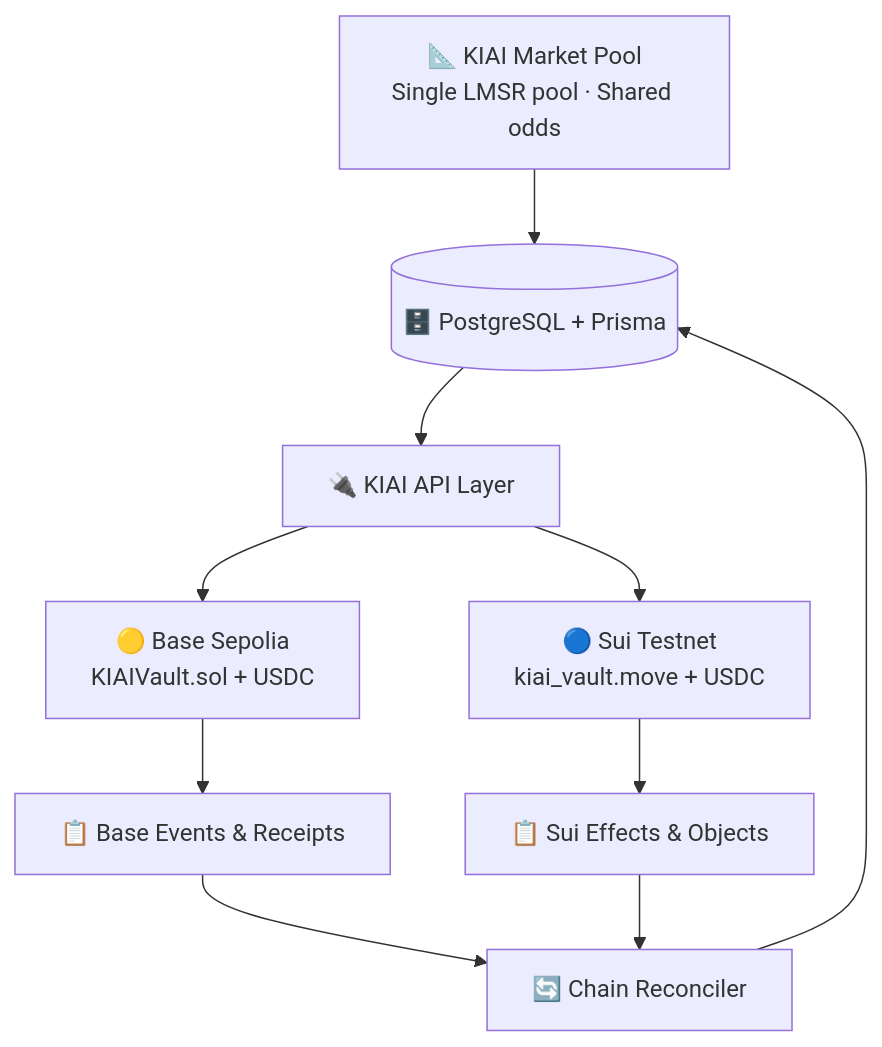
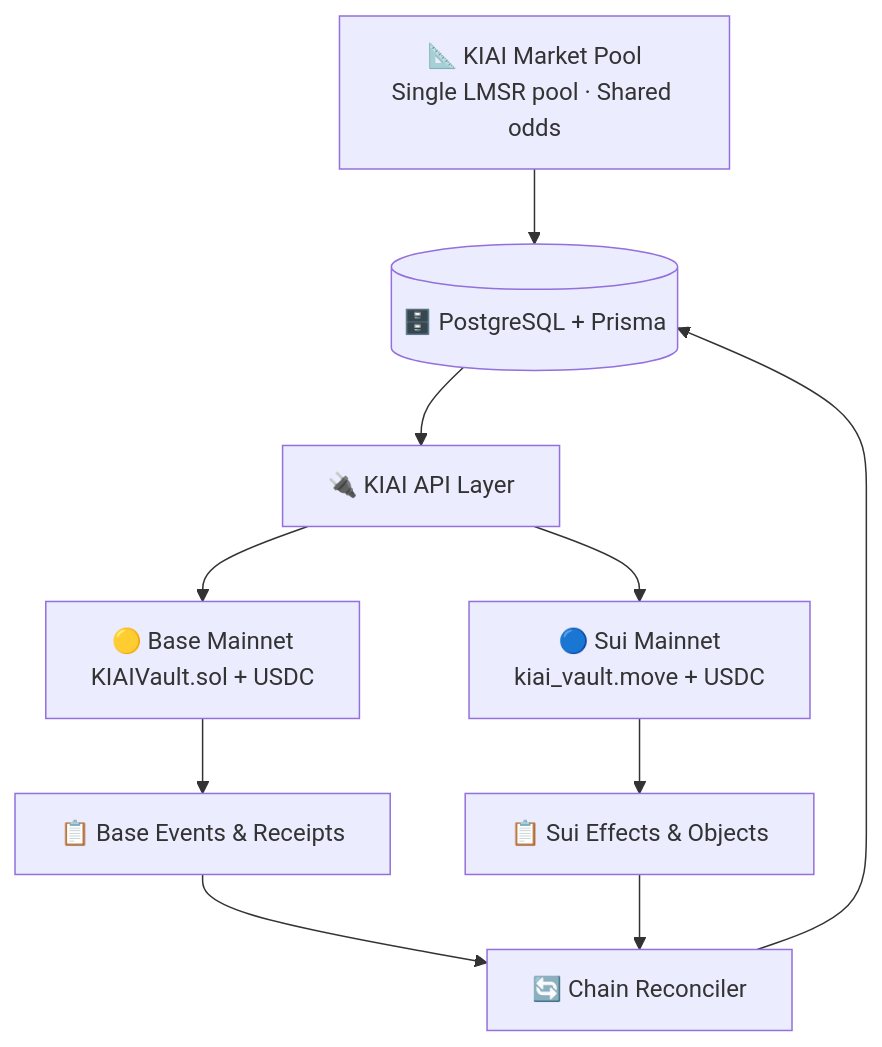
Before and after one commit to KIAI-prection/KIAI-main: the second of 3 diagrams in README.md, drawn with Mermaid. The commit also changed other lines of this file and 38 other files, not shown here.

Commit message:
migrate KIAI rails to mainnet

````diff
--- a/README.md
+++ b/README.md
@@ -191,12 +191,12 @@
 ```mermaid
 flowchart TB
   Pool["📐 KIAI Market Pool<br/>Single LMSR pool · Shared odds"] --> DB[(🗄️ PostgreSQL + Prisma)]
   DB --> API[🔌 KIAI API Layer]
-  API --> BaseRail["🟡 Base Sepolia<br/>KIAIVault.sol + USDC"]
-  API --> SuiRail["🔵 Sui Testnet<br/>kiai_vault.move + USDC"]
+  API --> BaseRail["🟡 Base Mainnet<br/>KIAIVault.sol + USDC"]
+  API --> SuiRail["🔵 Sui Mainnet<br/>kiai_vault.move + USDC"]
   BaseRail --> BaseEvents[📋 Base Events & Receipts]
   SuiRail --> SuiEffects[📋 Sui Effects & Objects]
   BaseEvents --> Reconciler[🔄 Chain Reconciler]
   SuiEffects --> Reconciler
   Reconciler --> DB
 ```
````
